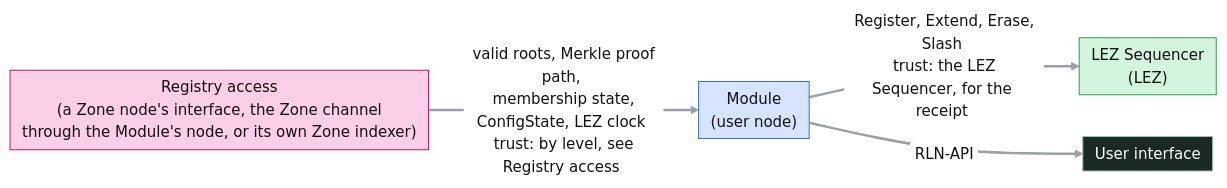
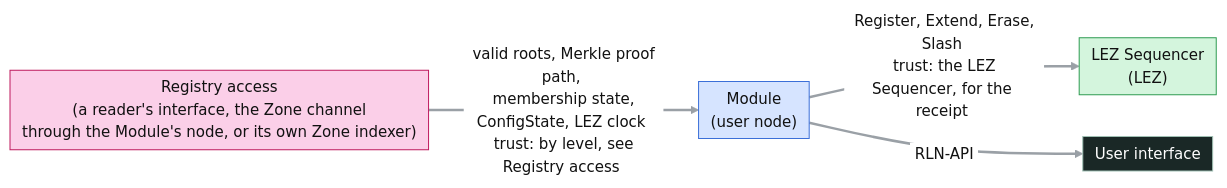
The diagram in docs/anoncomms/raw/images/rln-membership-zone-module.mmd (logos-co/logos-lips), drawn with Mermaid before and after one commit. The commit also changed 2 other files, not shown here.

Commit message:
docs(anoncomms): the reader is the one program, Terminology and diagram follow

```diff
--- a/docs/anoncomms/raw/images/rln-membership-zone-module.mmd
+++ b/docs/anoncomms/raw/images/rln-membership-zone-module.mmd
@@ -1,17 +1,17 @@
 %% Source of images/rln-membership-zone-module.png (rln-membership-zone.md). Render after an
 %% edit: base64url-encode this file and GET https://mermaid.ink/img/<encoded>?type=png&width=2000&scale=2&bgColor=!white
 %%{init: {"theme": "base", "flowchart": {"curve": "basis", "nodeSpacing": 40, "rankSpacing": 70, "padding": 6, "wrappingWidth": 400}, "themeVariables": {"lineColor": "#9aa0a6", "primaryTextColor": "#111111", "edgeLabelBackground": "#ffffff", "fontSize": "15px"}, "themeCSS": "marker { overflow: visible; } .arrowMarkerPath { transform: scale(1.7); transform-origin: 5px 5px; } .edgeLabel, .edgeLabel p, .edgeLabel span { font-size: 12px; line-height: 1.2; }"}}%%
 flowchart LR
-    IDX["Registry access<br/>(a Zone node's interface, the Zone channel<br/>through the Module's node, or its own Zone indexer)"] -->|"#nbsp;valid roots, Merkle proof path,#nbsp;<br/>#nbsp;membership state, ConfigState, LEZ clock#nbsp;<br/>#nbsp;trust: by level, see Registry access#nbsp;"| MOD["Module<br/>(user node)"]
+    IDX["Registry access<br/>(a reader's interface, the Zone channel<br/>through the Module's node, or its own Zone indexer)"] -->|"#nbsp;valid roots, Merkle proof path,#nbsp;<br/>#nbsp;membership state, ConfigState, LEZ clock#nbsp;<br/>#nbsp;trust: by level, see Registry access#nbsp;"| MOD["Module<br/>(user node)"]
     MOD -->|"#nbsp;Register, Extend, Erase, Slash#nbsp;<br/>#nbsp;trust: the LEZ Sequencer, for the receipt#nbsp;"| LSEQ["LEZ Sequencer<br/>(LEZ)"]
     MOD -->|"#nbsp;RLN-API#nbsp;"| APP["User interface"]
     linkStyle default stroke-width:2.5px
 
     classDef ui fill:#1a2826,stroke:#9fbfb3,color:#ffffff
     classDef user fill:#d6e4ff,stroke:#3b6fd8,color:#111111
     classDef lez fill:#d4f5dd,stroke:#2e9b52,color:#111111
     classDef zone fill:#fbcfe8,stroke:#be185d,color:#111111
     class APP ui
     class MOD user
     class LSEQ lez
     class IDX zone
```
